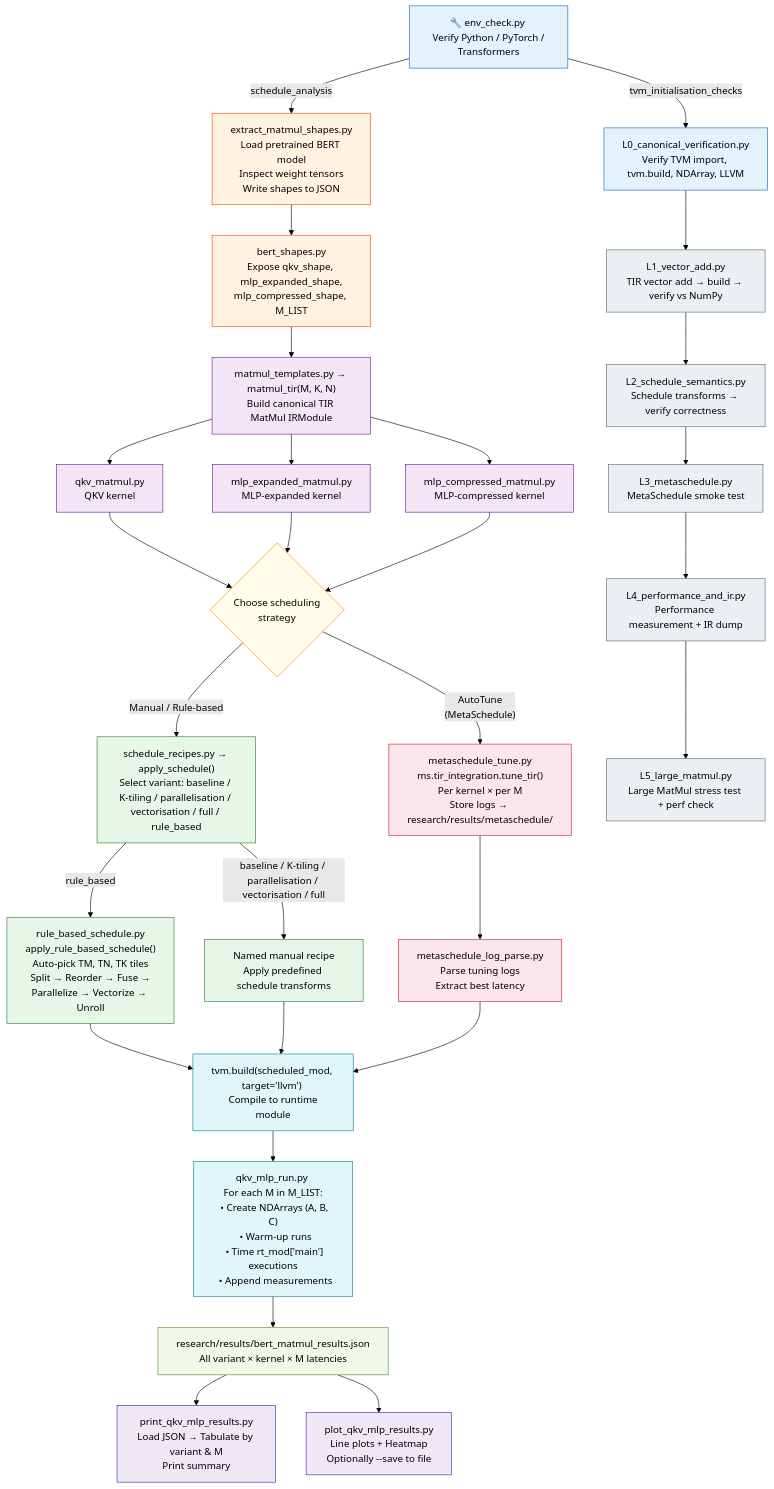
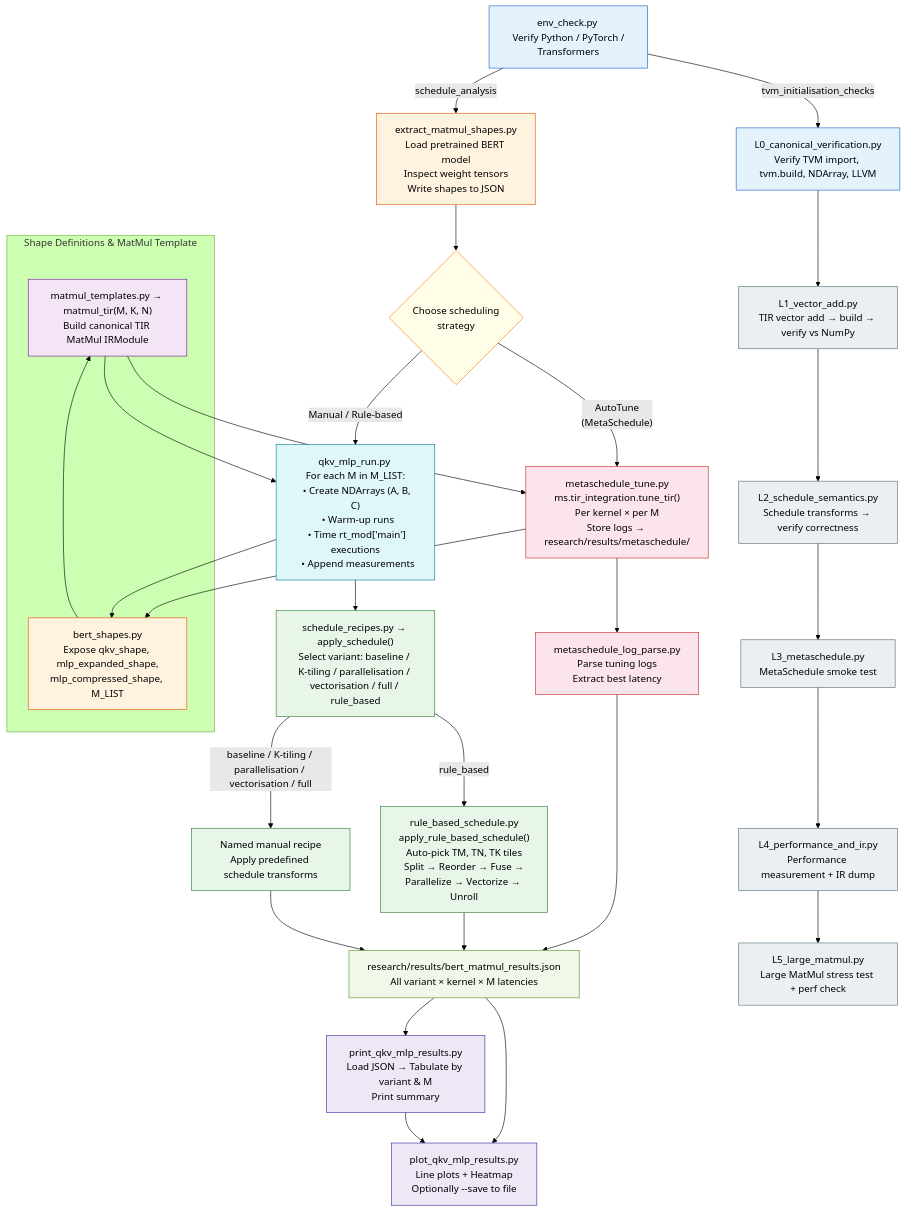
Before and after one commit to royishan2004/apache_tvm_research: the diagram in README.md, drawn with Mermaid (forest theme).

Commit message:
Updated execution graph in README

````diff
--- a/README.md
+++ b/README.md
@@ -443,54 +443,50 @@
 ```mermaid
 flowchart TB
-    A["🔧 env_check.py <br> Verify Python / PyTorch / Transformers"] -- tvm_initialisation_checks --> B["L0_canonical_verification.py<br>Verify TVM import, tvm.build, NDArray, LLVM"]
+ subgraph SHAPES_AND_TEMPLATES["Shape Definitions & MatMul Template"]
+        E["matmul_templates.py → matmul_tir(M, K, N)<br>Build canonical TIR MatMul IRModule"]
+        D["bert_shapes.py<br>Expose qkv_shape, mlp_expanded_shape,<br>mlp_compressed_shape, M_LIST"]
+  end
+    A["env_check.py <br> Verify Python / PyTorch / Transformers"] -- tvm_initialisation_checks --> B["L0_canonical_verification.py<br>Verify TVM import, tvm.build, NDArray, LLVM"]
     A -- schedule_analysis --> C["extract_matmul_shapes.py<br>Load pretrained BERT model<br>Inspect weight tensors<br>Write shapes to JSON"]
-    C --> D["bert_shapes.py<br>Expose qkv_shape, mlp_expanded_shape,<br>mlp_compressed_shape, M_LIST"]
-    D --> E["matmul_templates.py → matmul_tir(M, K, N)<br>Build canonical TIR MatMul IRModule"]
-    E --> F1["qkv_matmul.py<br>QKV kernel"] & F2["mlp_expanded_matmul.py<br>MLP-expanded kernel"] & F3["mlp_compressed_matmul.py<br>MLP-compressed kernel"]
-    F1 --> G{"Choose scheduling<br>strategy"}
-    F2 --> G
-    F3 --> G
-    G -- "Manual / Rule-based" --> H["schedule_recipes.py → apply_schedule()<br>Select variant: baseline / K-tiling / parallelisation / vectorisation / full / rule_based"]
-    H -- rule_based --> H1["rule_based_schedule.py<br>apply_rule_based_schedule()<br>Auto-pick TM, TN, TK tiles<br>Split → Reorder → Fuse →<br>Parallelize → Vectorize → Unroll"]
-    H -- "baseline / K-tiling / parallelisation / vectorisation / full" --> H2["Named manual recipe<br>Apply predefined schedule transforms"]
-    G -- AutoTune<br>(MetaSchedule) --> I["metaschedule_tune.py<br>ms.tir_integration.tune_tir()<br>Per kernel × per M<br>Store logs → research/results/metaschedule/"]
-    H1 --> J@{ label: "tvm.build(scheduled_mod, target='llvm') <br/> Compile to runtime module" }
-    H2 --> J
-    I --> I1["metaschedule_log_parse.py<br>Parse tuning logs<br>Extract best latency"]
-    I1 --> J
-    J --> K@{ label: "qkv_mlp_run.py <br/>For each M in M_LIST:<br/>  • Create NDArrays (A, B, C)<br/>  • Warm-up runs<br/>  • Time rt_mod['main'] executions<br/>  • Append measurements" }
-    K --> L["research/results/bert_matmul_results.json<br>All variant × kernel × M latencies"]
-    L --> M["print_qkv_mlp_results.py<br>Load JSON → Tabulate by variant &amp; M<br>Print summary"] & N["plot_qkv_mlp_results.py<br>Line plots + Heatmap<br>Optionally --save to file"]
+    D --> E
+    H["schedule_recipes.py → apply_schedule()<br>Select variant: baseline / K-tiling / parallelisation / vectorisation / full / rule_based"] -- rule_based --> H1["rule_based_schedule.py<br>apply_rule_based_schedule()<br>Auto-pick TM, TN, TK tiles<br>Split → Reorder → Fuse →<br>Parallelize → Vectorize → Unroll"]
+    G{"Choose scheduling<br>strategy"} -- AutoTune<br>(MetaSchedule) --> I["metaschedule_tune.py<br>ms.tir_integration.tune_tir()<br>Per kernel × per M<br>Store logs → research/results/metaschedule/"]
+    L["research/results/bert_matmul_results.json<br>All variant × kernel × M latencies"] --> M["print_qkv_mlp_results.py<br>Load JSON → Tabulate by variant &amp; M<br>Print summary"] & N["plot_qkv_mlp_results.py<br>Line plots + Heatmap<br>Optionally --save to file"]
     B --> T1["L1_vector_add.py<br>TIR vector add → build → verify vs NumPy"]
     T1 --> T2["L2_schedule_semantics.py<br>Schedule transforms → verify correctness"]
     T2 --> T3["L3_metaschedule.py<br>MetaSchedule smoke test"]
     T3 --> T4["L4_performance_and_ir.py<br>Performance measurement + IR dump"]
     T4 --> T5["L5_large_matmul.py<br>Large MatMul stress test + perf check"]
+    M --> N
+    I1["metaschedule_log_parse.py<br>Parse tuning logs<br>Extract best latency"] --> L
+    H1 --> L
+    H2["Named manual recipe<br>Apply predefined schedule transforms"] --> L
+    H -- "baseline / K-tiling / parallelisation / vectorisation / full" --> H2
+    G -- "Manual / Rule-based" --> K@{ label: "qkv_mlp_run.py <br/>For each M in M_LIST:<br/>  • Create NDArrays (A, B, C)<br/>  • Warm-up runs<br/>  • Time rt_mod['main'] executions<br/>  • Append measurements" }
+    C --> G
+    I --> D & I1
+    E --> I & K
+    K --> D & H
 
-    J@{ shape: rect}
     K@{ shape: rect}
+    style D fill:#fff3e0,stroke:#e65100
+    style E fill:#f3e5f5,stroke:#6a1b9a
     style A fill:#e3f2fd,stroke:#1565c0
     style B fill:#e3f2fd,stroke:#1565c0
     style C fill:#fff3e0,stroke:#e65100
-    style D fill:#fff3e0,stroke:#e65100
-    style E fill:#f3e5f5,stroke:#6a1b9a
-    style F1 fill:#f3e5f5,stroke:#6a1b9a
-    style F2 fill:#f3e5f5,stroke:#6a1b9a
-    style F3 fill:#f3e5f5,stroke:#6a1b9a
-    style G fill:#fffde7,stroke:#f57f17
     style H fill:#e8f5e9,stroke:#2e7d32
     style H1 fill:#e8f5e9,stroke:#2e7d32
-    style H2 fill:#e8f5e9,stroke:#2e7d32
+    style G fill:#fffde7,stroke:#f57f17
     style I fill:#fce4ec,stroke:#c62828
-    style J fill:#e0f7fa,stroke:#00838f
-    style I1 fill:#fce4ec,stroke:#c62828
-    style K fill:#e0f7fa,stroke:#00838f
     style L fill:#f1f8e9,stroke:#558b2f
     style M fill:#ede7f6,stroke:#4527a0
     style N fill:#ede7f6,stroke:#4527a0
     style T1 fill:#eceff1,stroke:#546e7a
     style T2 fill:#eceff1,stroke:#546e7a
     style T3 fill:#eceff1,stroke:#546e7a
     style T4 fill:#eceff1,stroke:#546e7a
     style T5 fill:#eceff1,stroke:#546e7a
+    style I1 fill:#fce4ec,stroke:#c62828
+    style H2 fill:#e8f5e9,stroke:#2e7d32
+    style K fill:#e0f7fa,stroke:#00838f
 ```
````
